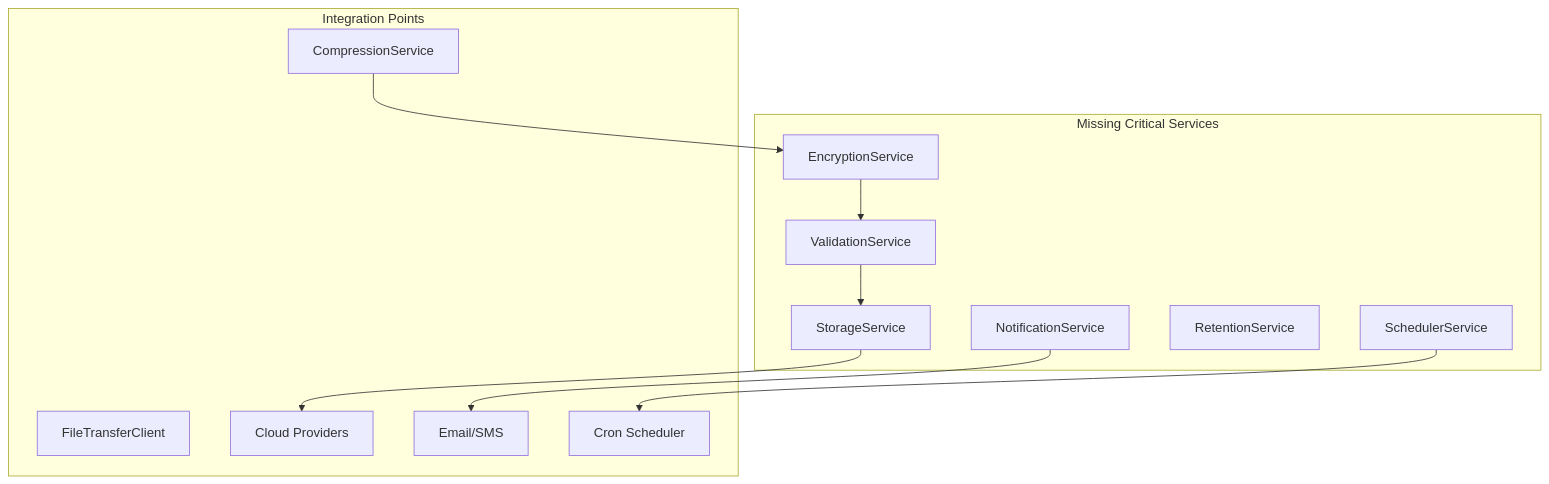
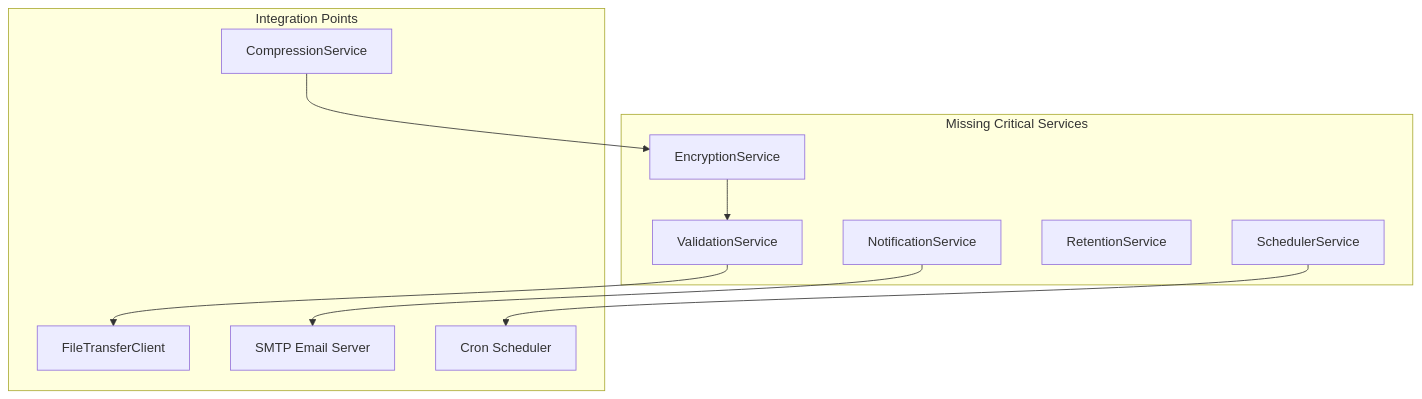
The second of 2 diagrams in .kiro/specs/mysql-backup-tool/design.md (LTA319/BackupTool), drawn with Mermaid before and after one commit. The commit also changed other lines of this file and 5 other files, not shown here.

````diff
--- a/.kiro/specs/mysql-backup-tool/design.md
+++ b/.kiro/specs/mysql-backup-tool/design.md
@@ -50,26 +50,23 @@
 ```mermaid
 graph TB
     subgraph "Missing Critical Services"
         EncSvc[EncryptionService]
         ValSvc[ValidationService]
-        StorageSvc[StorageService]
         NotifSvc[NotificationService]
         RetentionSvc[RetentionService]
         SchedulerSvc[SchedulerService]
     end
     
     subgraph "Integration Points"
         CompSvc[CompressionService]
         TransferClient[FileTransferClient]
-        CloudStorage[Cloud Providers]
-        EmailSMTP[Email/SMS]
+        EmailSMTP[SMTP Email Server]
         CronEngine[Cron Scheduler]
     end
     
     CompSvc --> EncSvc
     EncSvc --> ValSvc
-    ValSvc --> StorageSvc
-    StorageSvc --> CloudStorage
+    ValSvc --> TransferClient
     NotifSvc --> EmailSMTP
     SchedulerSvc --> CronEngine
 ```
````
